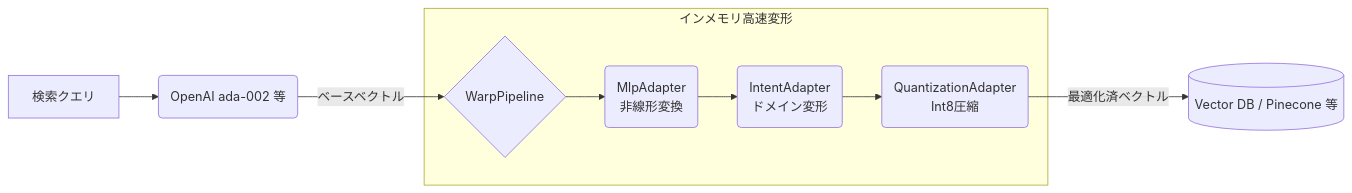
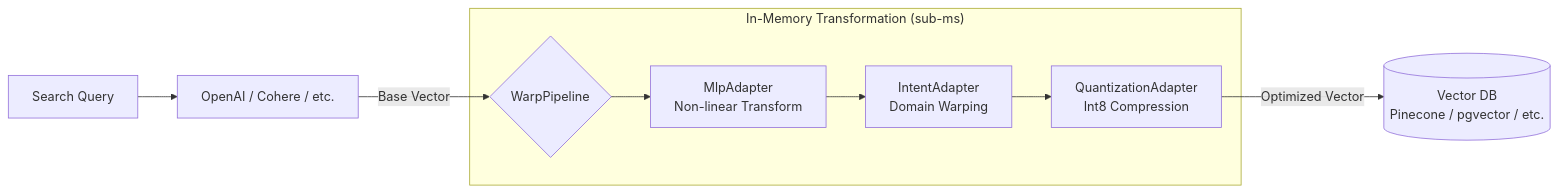
Before and after one commit to daiki-moritake/warpvector: the diagram in README.md, drawn with Mermaid. The commit also changed other lines of this file and 6 other files, not shown here.

````diff
--- a/README.md
+++ b/README.md
@@ -82,13 +61,13 @@
 ```mermaid
 graph LR
-    Input[検索クエリ] --> BaseLLM(OpenAI ada-002 等)
-    BaseLLM -->|ベースベクトル| WP{WarpPipeline}
+    Input["Search Query"] --> LLM["OpenAI / Cohere / etc."]
+    LLM -->|"Base Vector"| WP{"WarpPipeline"}
     
-    subgraph WarpVector[インメモリ高速変形]
-        WP --> Step1(MlpAdapter<br>非線形変換)
-        Step1 --> Step2(IntentAdapter<br>ドメイン変形)
-        Step2 --> Final(QuantizationAdapter<br>Int8圧縮)
+    subgraph WarpVector["In-Memory Transformation (sub-ms)"]
+        WP --> Step1["MlpAdapter<br/>Non-linear Transform"]
+        Step1 --> Step2["IntentAdapter<br/>Domain Warping"]
+        Step2 --> Final["QuantizationAdapter<br/>Int8 Compression"]
     end
     
-    Final -->|最適化済ベクトル| DB[(Vector DB / Pinecone 等)]
+    Final -->|"Optimized Vector"| DB[("Vector DB<br/>Pinecone / pgvector / etc.")]
 ```
````
